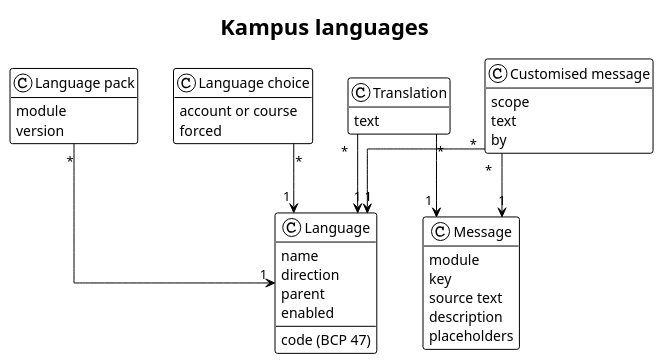
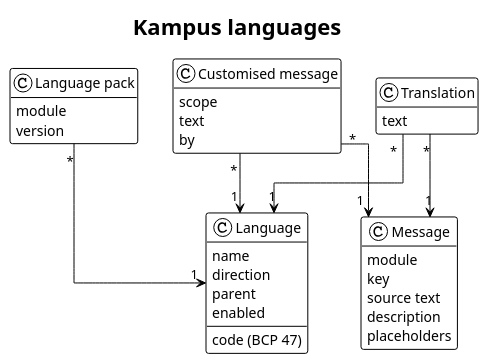
One commit to didactika/kampus changed the diagram in docs/00-domain-model/languages.puml. Above: the diagram before and after it, drawn with PlantUML. The commit also changed 50 other files, not shown here.

First line of the commit message:
docs(docs): data model conventions and acyclic schema dependencies

```diff
--- a/docs/00-domain-model/languages.puml
+++ b/docs/00-domain-model/languages.puml
@@ -1,44 +1,39 @@
 @startuml
 !theme plain
 hide empty members
 skinparam linetype ortho
 title Kampus languages
 
 class "Language" as Language {
   code (BCP 47)
   name
   direction
   parent
   enabled
 }
 class "Message" as Message {
   module
   key
   source text
   description
   placeholders
 }
 class "Language pack" as Languagepack {
   module
   version
 }
 class "Translation" as Translation {
   text
 }
 class "Customised message" as Customisedmessage {
   scope
   text
   by
 }
-class "Language choice" as Languagechoice {
-  account or course
-  forced
-}
 
 Languagepack "*" --> "1" Language
 Translation "*" --> "1" Message
 Translation "*" --> "1" Language
 Customisedmessage "*" --> "1" Message
 Customisedmessage "*" --> "1" Language
-Languagechoice "*" --> "1" Language
 @enduml
```
